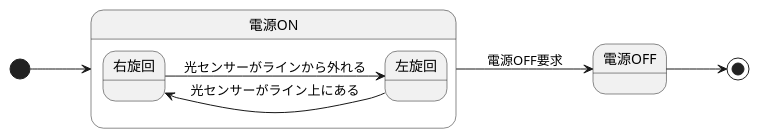
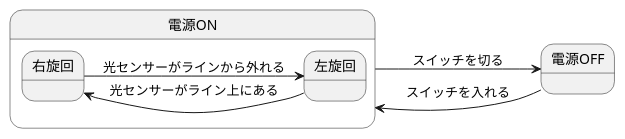
The diagram in 演習6-5-3_ステートマシン図_ライントレーサー.pu (YumaSatou/uml-introduction), drawn with PlantUML before and after one commit.

Commit message:
演習6-5-3

```diff
--- a/演習6-5-3_ステートマシン図_ライントレーサー.pu
+++ b/演習6-5-3_ステートマシン図_ライントレーサー.pu
@@ -1,14 +1,16 @@
 @startuml ステートマシン図
 left to right direction
 state 電源ON {
-    state 右旋回
-    state 左旋回
+    state 右旋回{
+    }
+    state 左旋回{
+    }
 }
 state 電源OFF
 
-[*] --> 電源ON
+電源OFF --> 電源ON : スイッチを入れる
 右旋回 --> 左旋回 : 光センサーがラインから外れる
 左旋回 --> 右旋回 : 光センサーがライン上にある
-電源ON --> 電源OFF : 電源OFF要求
-電源OFF --> [*]
+
+電源ON --> 電源OFF : スイッチを切る
 @enduml
```
